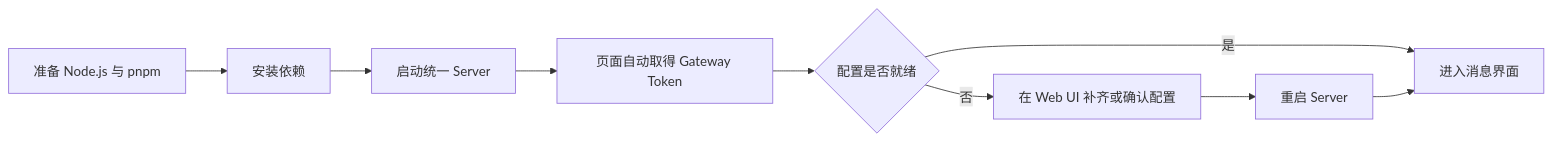
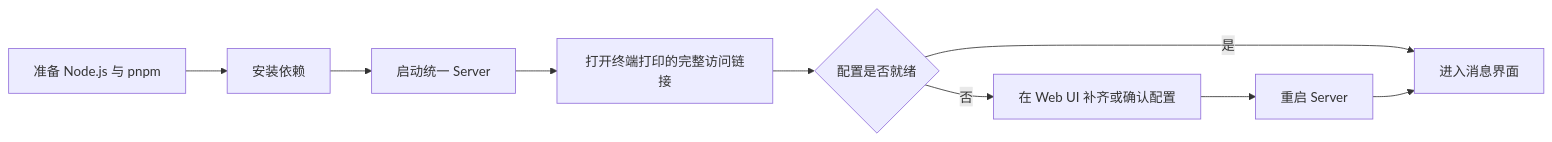
One commit to posanbu/Kaguya changed the diagram in docs/guide/index.md. Above: the diagram before and after it, drawn with Mermaid. The commit also changed other lines of this file and 26 other files, not shown here.

````diff
--- a/docs/guide/index.md
+++ b/docs/guide/index.md
@@ -26,11 +26,11 @@
 ```mermaid
 flowchart LR
   A[准备 Node.js 与 pnpm] --> B[安装依赖]
   B --> C[启动统一 Server]
-  C --> D[页面自动取得 Gateway Token]
+  C --> D[打开终端打印的完整访问链接]
   D --> E{配置是否就绪}
   E -- 否 --> F[在 Web UI 补齐或确认配置]
   F --> G[重启 Server]
   E -- 是 --> H[进入消息界面]
   G --> H
 ```
````
